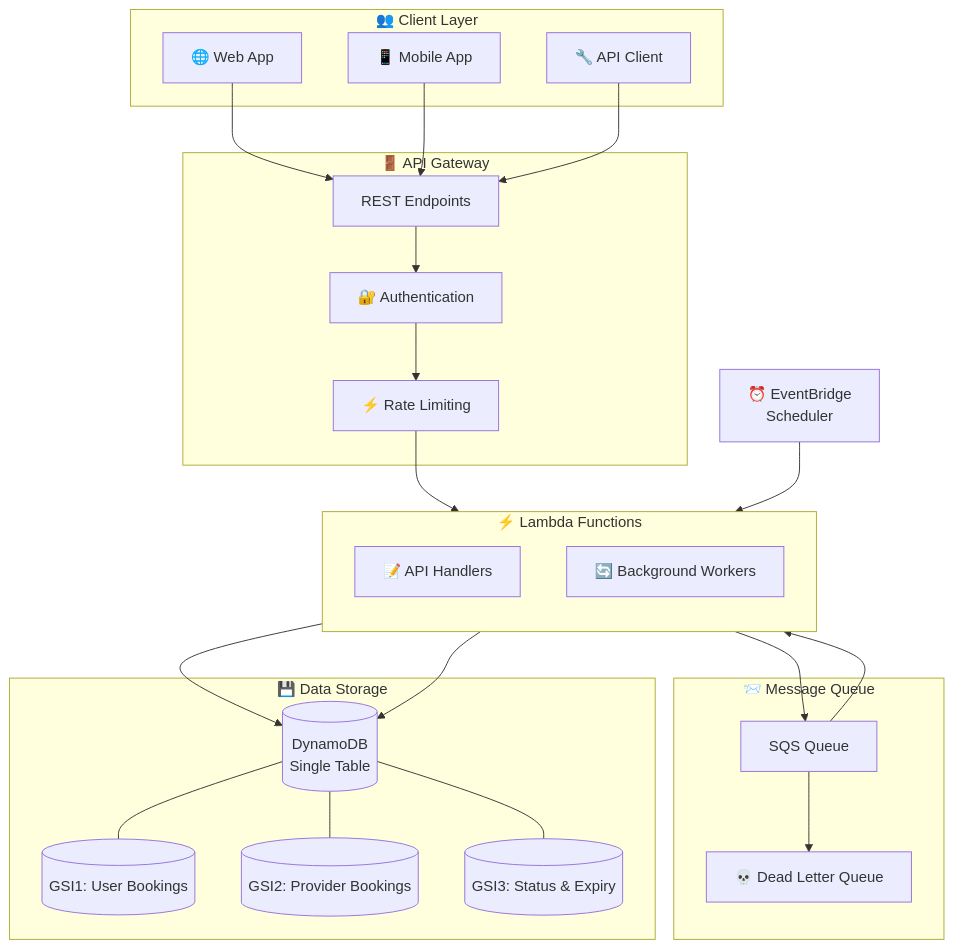
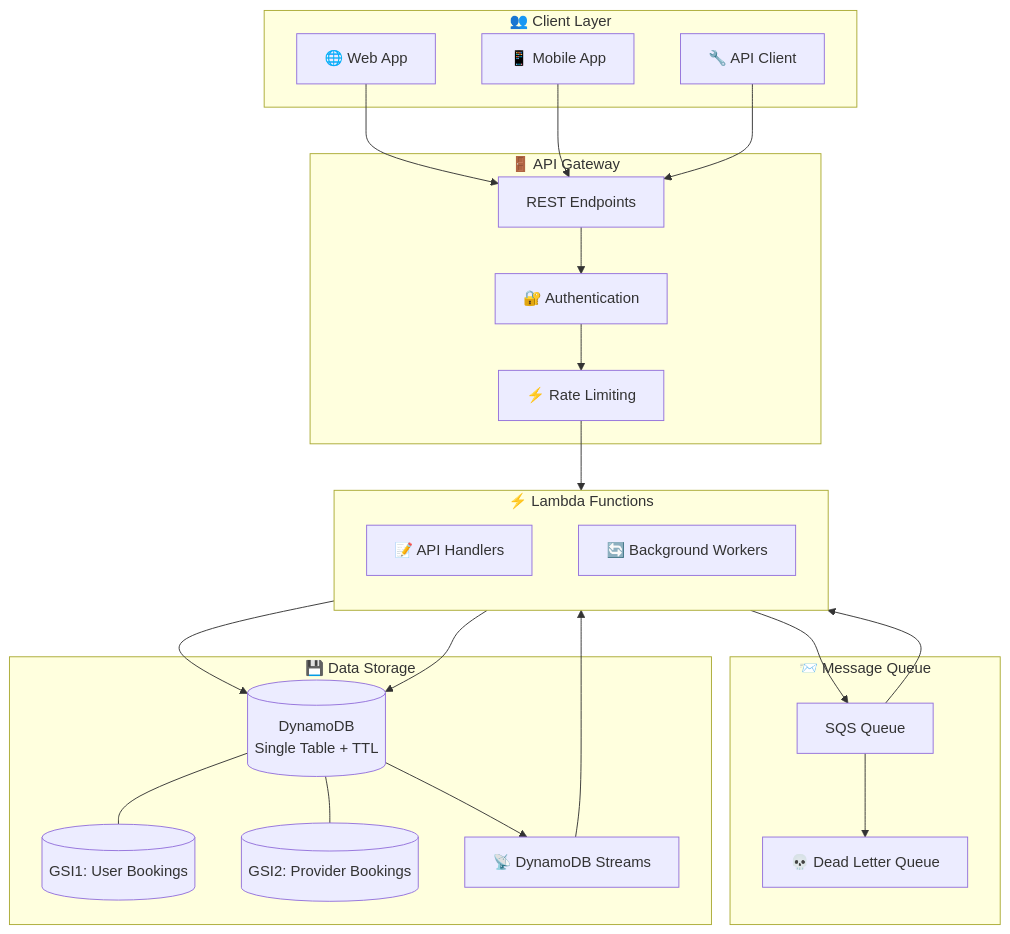
The third of 5 diagrams in visual-flow-diagram.md (SrideviMR/AppointmentBooking), drawn with Mermaid before and after one commit. The commit also changed other lines of this file and 252 other files, not shown here.

````diff
--- a/visual-flow-diagram.md
+++ b/visual-flow-diagram.md
@@ -121,62 +122,59 @@
 ```mermaid
 graph TB
     %% Client Layer
     subgraph "👥 Client Layer"
         WEB[🌐 Web App]
         MOB[📱 Mobile App]
         API_CLIENT[🔧 API Client]
     end
     
     %% API Layer
     subgraph "🚪 API Gateway"
         REST[REST Endpoints]
         AUTH[🔐 Authentication]
         RATE[⚡ Rate Limiting]
     end
     
     %% Lambda Layer
     subgraph "⚡ Lambda Functions"
         direction TB
         HANDLERS[📝 API Handlers]
         WORKERS[🔄 Background Workers]
     end
     
     %% Queue Layer
     subgraph "📨 Message Queue"
         SQS[SQS Queue]
         DLQ[💀 Dead Letter Queue]
     end
     
     %% Data Layer
     subgraph "💾 Data Storage"
-        DYNAMO[(DynamoDB<br/>Single Table)]
+        DYNAMO[(DynamoDB<br/>Single Table + TTL)]
         GSI1[(GSI1: User Bookings)]
         GSI2[(GSI2: Provider Bookings)]
-        GSI3[(GSI3: Status & Expiry)]
+        STREAMS[📡 DynamoDB Streams]
     end
-    
-    %% Scheduler
-    SCHEDULE[⏰ EventBridge<br/>Scheduler]
     
     %% Connections
     WEB --> REST
     MOB --> REST
     API_CLIENT --> REST
     
     REST --> AUTH
     AUTH --> RATE
     RATE --> HANDLERS
     
     HANDLERS --> DYNAMO
     HANDLERS --> SQS
     
     SQS --> WORKERS
     SQS --> DLQ
     WORKERS --> DYNAMO
     
-    SCHEDULE --> WORKERS
+    DYNAMO --> STREAMS
+    STREAMS --> WORKERS
     
     DYNAMO --- GSI1
     DYNAMO --- GSI2
-    DYNAMO --- GSI3
 ```
````
